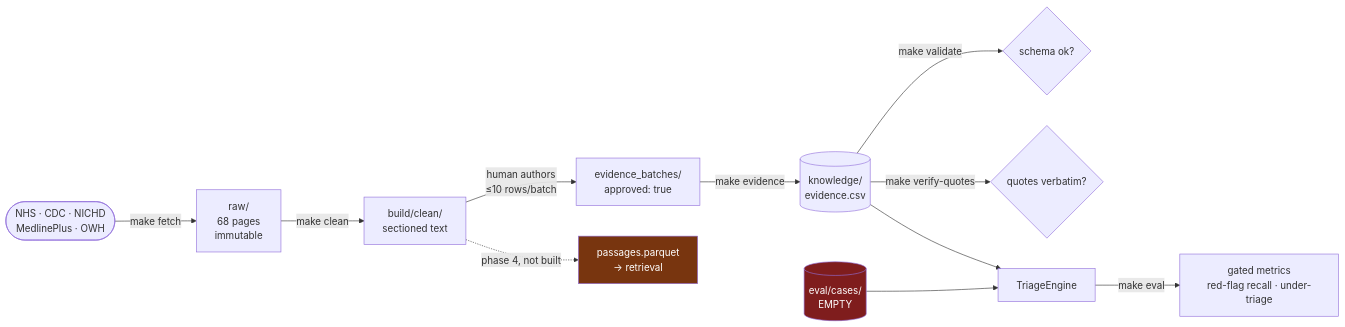
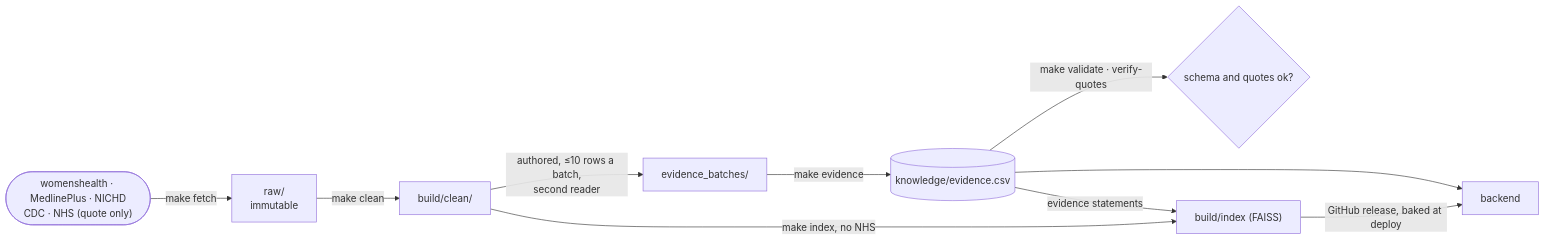
One commit to HerHealthGPT/herhealthgpt changed the second of 2 diagrams in docs/REPO_MAP.md. Above: the diagram before and after it, drawn with Mermaid. The commit also changed other lines of this file and 23 other files, not shown here.

````diff
--- a/docs/REPO_MAP.md
+++ b/docs/REPO_MAP.md
@@ -195,16 +126,12 @@
 ```mermaid
 flowchart LR
-    WEB(["NHS · CDC · NICHD<br/>MedlinePlus · OWH"]) -->|make fetch| RAW["raw/<br/>68 pages<br/>immutable"]
-    RAW -->|make clean| CLEAN["build/clean/<br/>sectioned text"]
-    CLEAN -->|"human authors<br/>≤10 rows/batch"| BATCH["evidence_batches/<br/>approved: true"]
-    BATCH -->|make evidence| KB[("knowledge/<br/>evidence.csv")]
-    KB -->|make validate| V1{"schema ok?"}
-    KB -->|make verify-quotes| V2{"quotes verbatim?"}
-    KB --> ENG["TriageEngine"]
-    CASES[("eval/cases/<br/>EMPTY")] --> ENG
-    ENG -->|make eval| METRICS["gated metrics<br/>red-flag recall · under-triage"]
-    CLEAN -.->|"phase 4, not built"| PARQ["passages.parquet<br/>→ retrieval"]
-
-    style CASES fill:#7f1d1d,color:#fff
-    style PARQ fill:#78350f,color:#fff
+    WEB(["womenshealth · MedlinePlus · NICHD<br/>CDC · NHS (quote only)"]) -->|make fetch| RAW["raw/<br/>immutable"]
+    RAW -->|make clean| CLEAN["build/clean/"]
+    CLEAN -->|"authored, ≤10 rows a batch,<br/>second reader"| BATCH["evidence_batches/"]
+    BATCH -->|make evidence| KB[("knowledge/evidence.csv")]
+    KB -->|make validate · verify-quotes| CHECK{"schema and quotes ok?"}
+    CLEAN -->|make index, no NHS| IDX["build/index (FAISS)"]
+    KB -->|evidence statements| IDX
+    IDX -->|GitHub release, baked at deploy| BACKEND["backend"]
+    KB --> BACKEND
 ```
````
